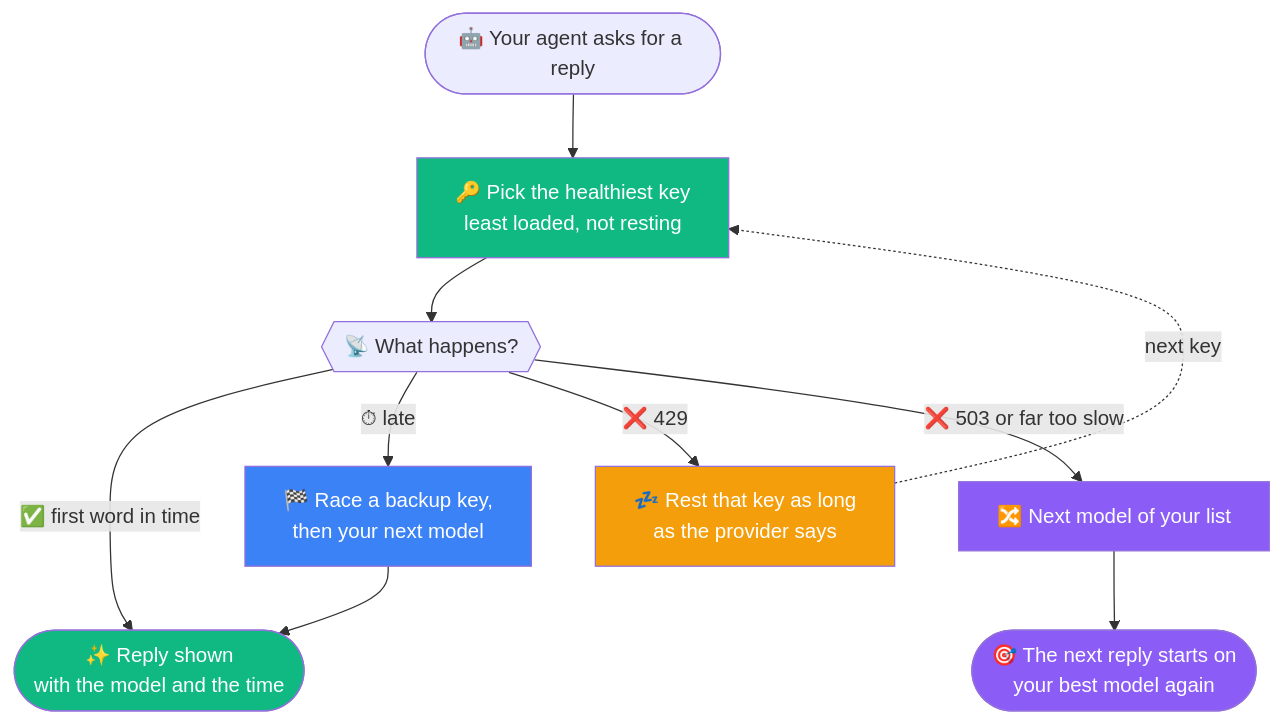
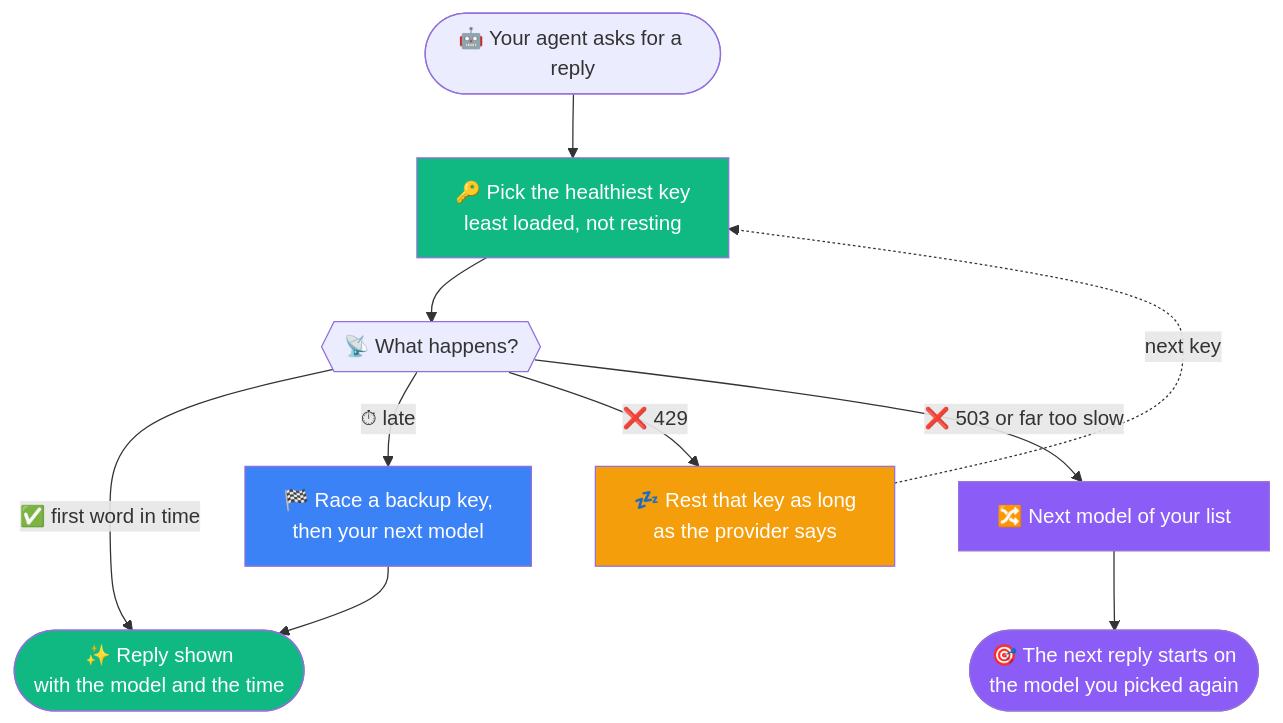
One commit to Kame696/kame-api-rotation-for-agent-zero changed the diagram in README.md. Above: the diagram before and after it, drawn with Mermaid. The commit also changed other lines of this file, not shown here.

Commit message:
docs: README - the model you picked leads every reply; one live session on a real Agent Zero

````diff
--- a/README.md
+++ b/README.md
@@ -145,19 +145,19 @@
 ```mermaid
 flowchart TD
     A([🤖 Your agent asks for a reply]) --> B[🔑 Pick the healthiest key<br/>least loaded, not resting]
     B --> C{{📡 What happens?}}
     C -->|✅ first word in time| OK([✨ Reply shown<br/>with the model and the time])
     C -->|⏱ late| E[🏁 Race a backup key,<br/>then your next model]
     E --> OK
     C -->|❌ 429| G[💤 Rest that key as long<br/>as the provider says]
     G -.->|next key| B
     C -->|❌ 503 or far too slow| I[🔀 Next model of your list]
-    I --> J([🎯 The next reply starts on<br/>your best model again])
+    I --> J([🎯 The next reply starts on<br/>the model you picked again])
 
     style B fill:#10b981,color:#fff
     style OK fill:#10b981,color:#fff
     style E fill:#3b82f6,color:#fff
     style G fill:#f59e0b,color:#fff
     style I fill:#8b5cf6,color:#fff
     style J fill:#8b5cf6,color:#fff
 ```
````
